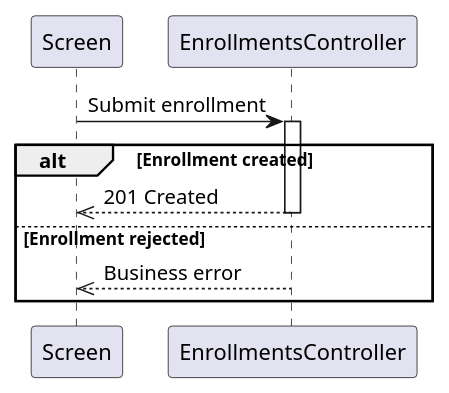
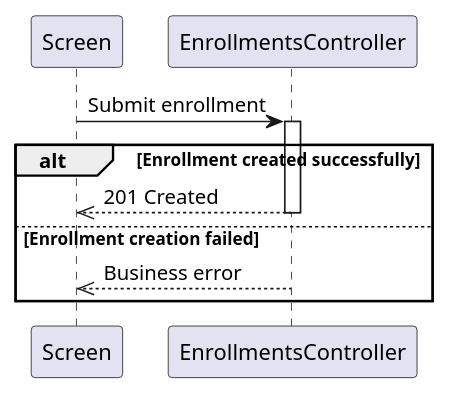
Before and after one commit to MinhKha28/LearnUp: the second of 3 diagrams in .agents/skills/learnup-drawio-sequence-diagram/references/learnup-conventions.md, drawn with PlantUML. The commit also changed other lines of this file and 5 other files, not shown here.

Commit message:
fix(skills): refine LearnUP sequence diagram generation rules

````diff
--- a/.agents/skills/learnup-drawio-sequence-diagram/references/learnup-conventions.md
+++ b/.agents/skills/learnup-drawio-sequence-diagram/references/learnup-conventions.md
@@ -69,11 +85,11 @@
 ```plantuml
 Screen -> EnrollmentsController: Submit enrollment
 activate EnrollmentsController
-alt Enrollment created
+alt Enrollment created successfully
   EnrollmentsController -->> Screen: 201 Created
   deactivate EnrollmentsController
-else Enrollment rejected
+else Enrollment creation failed
   EnrollmentsController -->> Screen: Business error
   deactivate EnrollmentsController
 end
 ```
````
